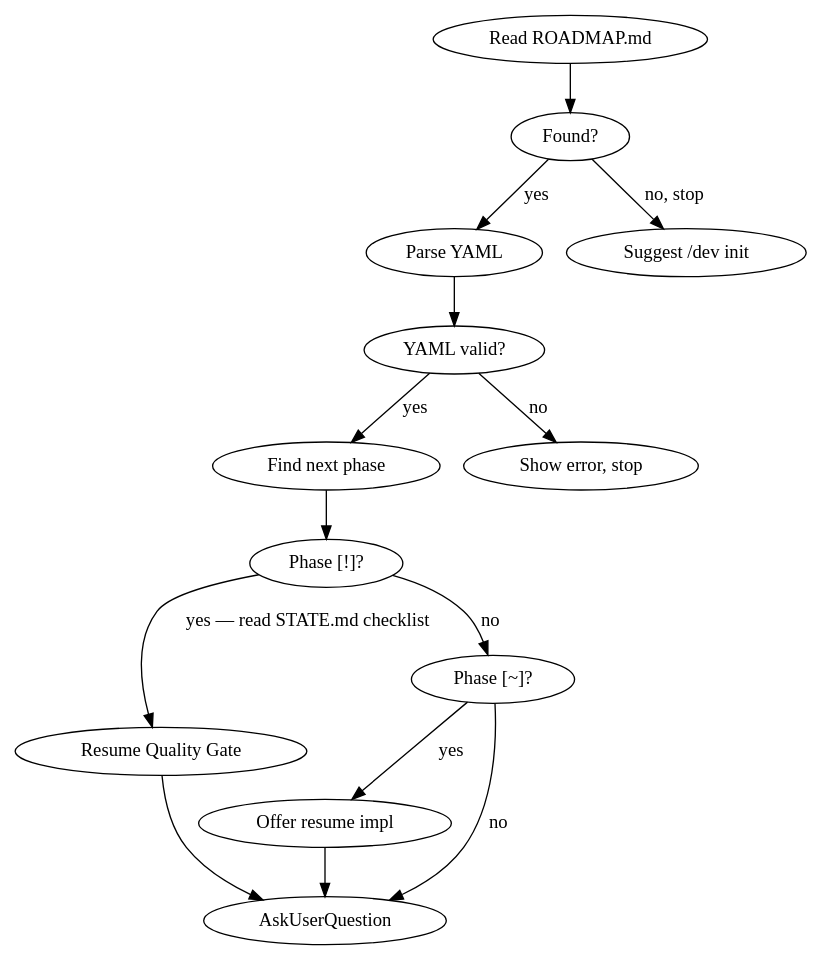
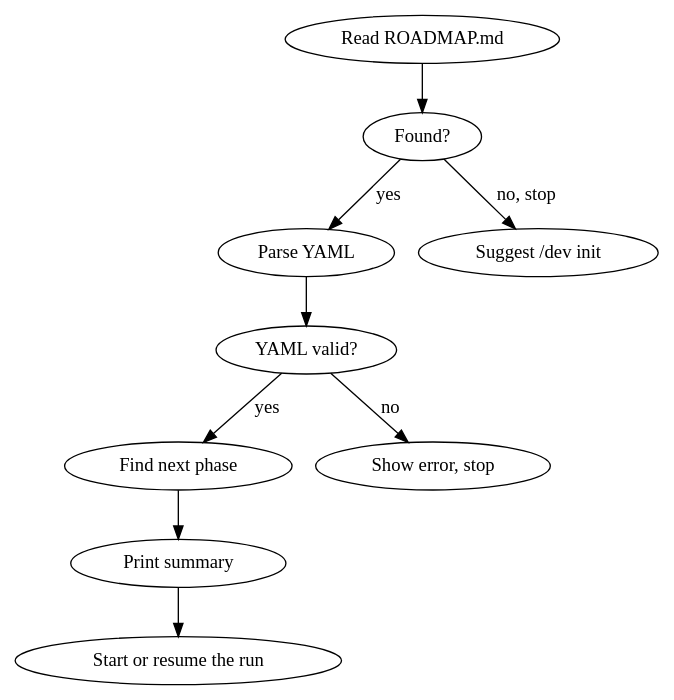
Before and after one commit to culfin/claude-skills-public: the first of 2 diagrams in dev/SKILL.md, drawn with Graphviz. The commit also changed other lines of this file and 6 other files, not shown here.

````diff
--- a/dev/SKILL.md
+++ b/dev/SKILL.md
@@ -114,17 +112,12 @@
 ```dot
 digraph session_start {
-  "Read ROADMAP.md" -> "Found?" [label=""];
+  "Read ROADMAP.md" -> "Found?";
   "Found?" -> "Parse YAML" [label="yes"];
   "Found?" -> "Suggest /dev init" [label="no, stop"];
-  "Parse YAML" -> "YAML valid?" [label=""];
+  "Parse YAML" -> "YAML valid?";
   "YAML valid?" -> "Find next phase" [label="yes"];
   "YAML valid?" -> "Show error, stop" [label="no"];
-  "Find next phase" -> "Phase [!]?" [label=""];
-  "Phase [!]?" -> "Resume Quality Gate" [label="yes — read STATE.md checklist"];
-  "Phase [!]?" -> "Phase [~]?" [label="no"];
-  "Phase [~]?" -> "Offer resume impl" [label="yes"];
-  "Phase [~]?" -> "AskUserQuestion" [label="no"];
-  "Resume Quality Gate" -> "AskUserQuestion";
-  "Offer resume impl" -> "AskUserQuestion";
+  "Find next phase" -> "Print summary";
+  "Print summary" -> "Start or resume the run";
 }
 ```
````
